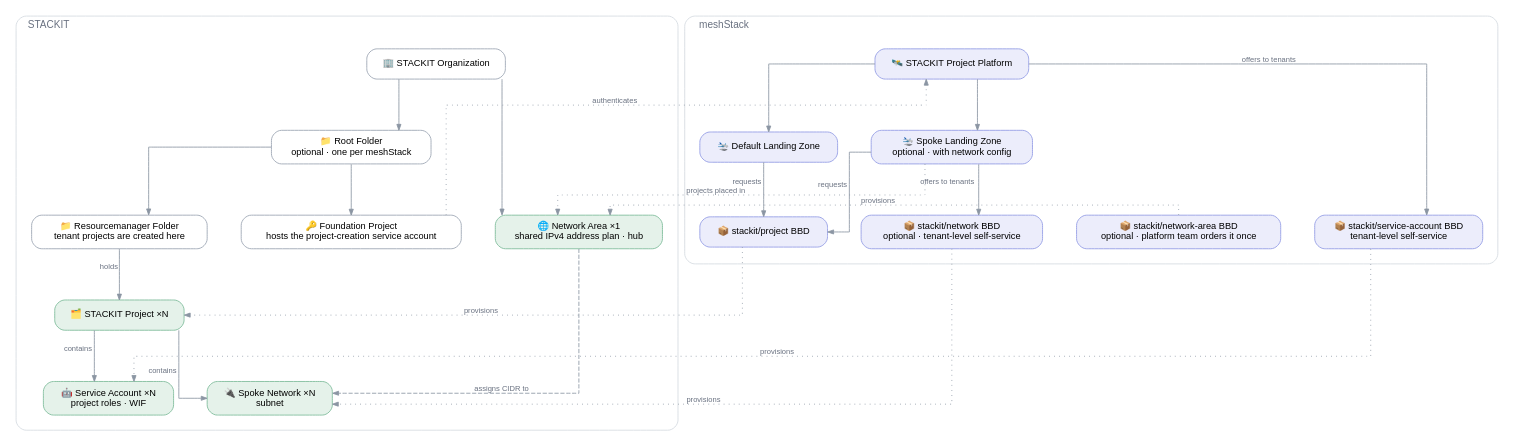
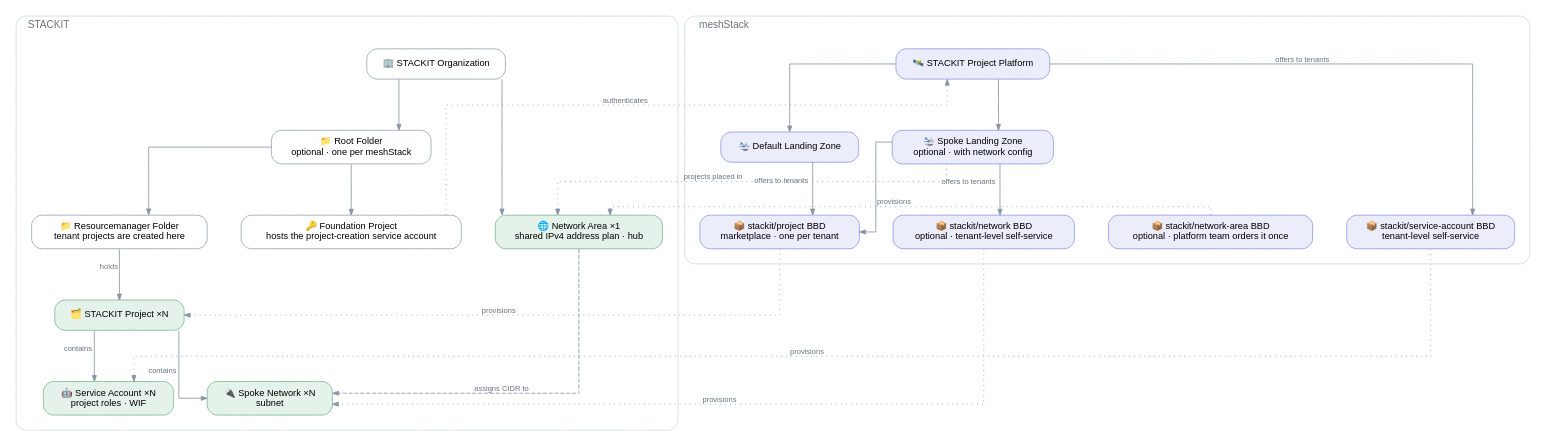
One commit to meshcloud/meshstack-hub changed the diagram in reference-architectures/stackit-landingzone/stackit-landingzone.dot. Above: the diagram before and after it, drawn with Graphviz. The commit also changed 1 other file, not shown here.

Commit message:
docs(ref-arch/stackit-landingzone): show STACKIT Project as offered to tenants

```diff
--- a/reference-architectures/stackit-landingzone/stackit-landingzone.dot
+++ b/reference-architectures/stackit-landingzone/stackit-landingzone.dot
@@ -1,77 +1,77 @@
 /*
  * STACKIT Landing Zone reference architecture.
  * Conventions: .agents/references/diagrams.md — render with: task diagrams
  */
 digraph stackit_landingzone {
   rankdir=TB
   splines=ortho
   forcelabels=true
   bgcolor="white"
   nodesep=0.55
   ranksep=0.85
 
   node [shape=box style="rounded,filled" fontname="Helvetica" fontsize=11
         fillcolor="#ffffff" color="#a2abb8" penwidth=1.1 margin="0.20,0.11"]
   edge [fontname="Helvetica" fontsize=9 fontcolor="#697180" color="#8b95a3" arrowsize=0.7]
 
   subgraph cluster_stackit {
     label="  STACKIT"
     labeljust=l
     fontname="Helvetica" fontsize=12 fontcolor="#697180"
     style="rounded" color="#d5dae0"
     margin=18
 
     ORG    [label="🏢 STACKIT Organization" fillcolor="#ffffff" color="#a2abb8"]
     ROOT   [label="📁 Root Folder\noptional · one per meshStack" fillcolor="#ffffff" color="#a2abb8"]
     FOUND  [label="🔑 Foundation Project\nhosts the project-creation service account" fillcolor="#ffffff" color="#a2abb8"]
     FOLDER [label="📁 Resourcemanager Folder\ntenant projects are created here" fillcolor="#ffffff" color="#a2abb8"]
     NA     [label="🌐 Network Area ×1\nshared IPv4 address plan · hub" fillcolor="#e5f2ea" color="#85bfa0"]
     PRJ    [label="🗂️ STACKIT Project ×N" fillcolor="#e5f2ea" color="#85bfa0"]
     SA     [label="🤖 Service Account ×N\nproject roles · WIF" fillcolor="#e5f2ea" color="#85bfa0"]
     SPOKE  [label="🔌 Spoke Network ×N\nsubnet" fillcolor="#e5f2ea" color="#85bfa0"]
 
     { rank=same; FOUND -> FOLDER -> NA [style=invis] }
 
     ORG    -> ROOT
     ROOT   -> FOUND
     ROOT   -> FOLDER
     ORG    -> NA
     FOLDER -> PRJ   [xlabel="holds"]
     PRJ    -> SA    [xlabel="contains"]
     PRJ    -> SPOKE [xlabel="contains"]
     NA     -> SPOKE [xlabel="assigns CIDR to" style=dashed constraint=false]
   }
 
   subgraph cluster_mesh {
     label="  meshStack"
     labeljust=l
     fontname="Helvetica" fontsize=12 fontcolor="#697180"
     style="rounded" color="#d5dae0"
     margin=18
 
     PLAT     [label="🛰️ STACKIT Project Platform" fillcolor="#ecedfb" color="#9aa2e6"]
     DEFLZ    [label="🛬 Default Landing Zone" fillcolor="#ecedfb" color="#9aa2e6"]
     NETLZ    [label="🛬 Spoke Landing Zone\noptional · with network config" fillcolor="#ecedfb" color="#9aa2e6"]
-    PRJBBD   [label="📦 stackit/project BBD" fillcolor="#ecedfb" color="#9aa2e6"]
+    PRJBBD   [label="📦 stackit/project BBD\nmarketplace · one per tenant" fillcolor="#ecedfb" color="#9aa2e6"]
     SABBD    [label="📦 stackit/service-account BBD\ntenant-level self-service" fillcolor="#ecedfb" color="#9aa2e6"]
     NABBD    [label="📦 stackit/network-area BBD\noptional · platform team orders it once" fillcolor="#ecedfb" color="#9aa2e6"]
     SPOKEBBD [label="📦 stackit/network BBD\noptional · tenant-level self-service" fillcolor="#ecedfb" color="#9aa2e6"]
 
     { rank=same; DEFLZ -> NETLZ [style=invis] }
     { rank=same; PRJBBD -> SABBD -> SPOKEBBD -> NABBD [style=invis] }
 
     PLAT  -> DEFLZ
     PLAT  -> NETLZ
-    DEFLZ -> PRJBBD   [xlabel="requests"]
-    NETLZ -> PRJBBD   [xlabel="requests"]
+    DEFLZ -> PRJBBD   [xlabel="offers to tenants"]
+    NETLZ -> PRJBBD
     PLAT  -> SABBD    [xlabel="offers to tenants"]
     NETLZ -> SPOKEBBD [xlabel="offers to tenants"]
   }
 
   FOUND    -> PLAT  [xlabel="authenticates" style=dotted constraint=false]
   PRJBBD   -> PRJ   [xlabel="provisions" style=dotted constraint=false]
   SABBD    -> SA    [xlabel="provisions" style=dotted constraint=false]
   NABBD    -> NA    [xlabel="provisions" style=dotted constraint=false]
   SPOKEBBD -> SPOKE [xlabel="provisions" style=dotted constraint=false]
   NETLZ    -> NA    [xlabel="projects placed in" style=dotted constraint=false]
 }
```
